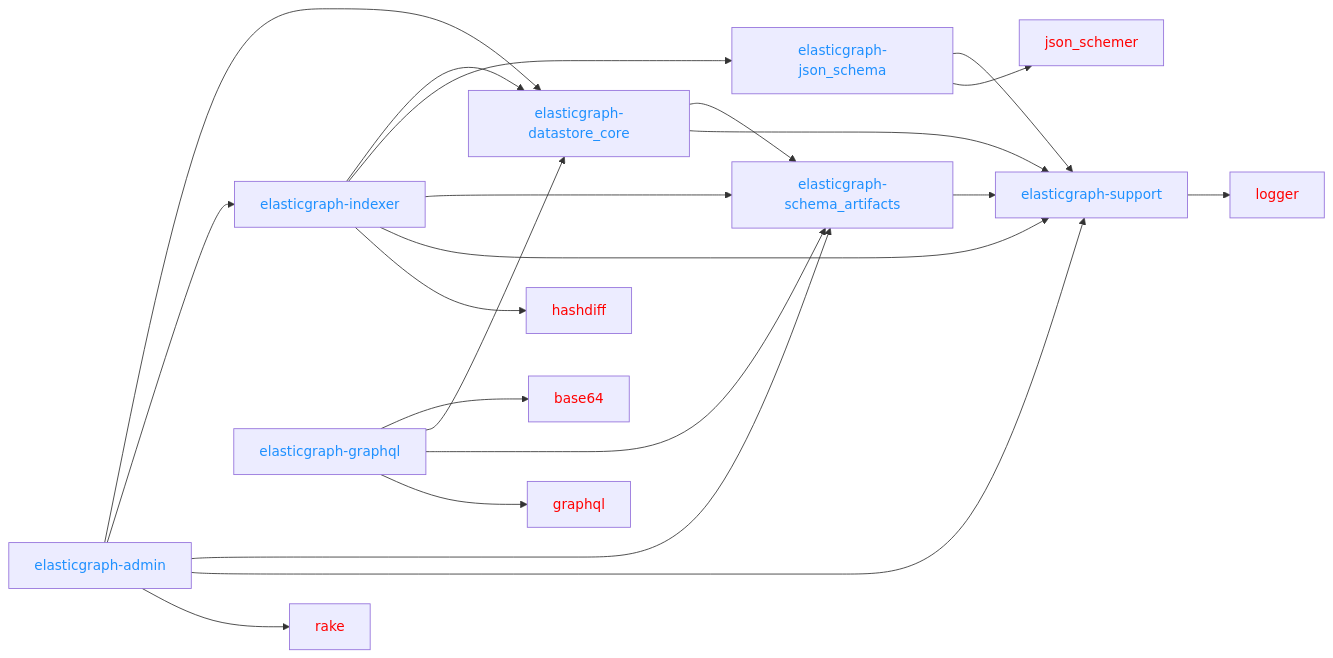
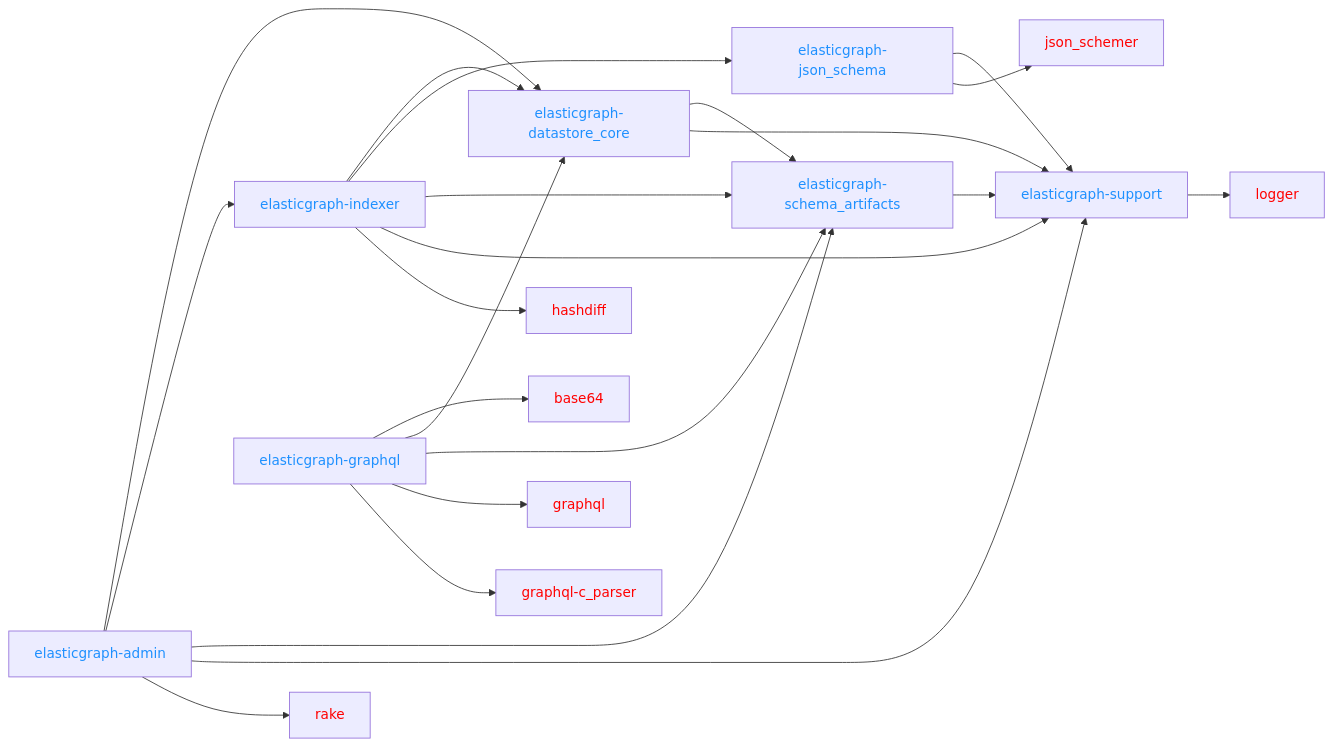
Before and after one commit to ciaran51/elasticgraph: the first of 5 diagrams in CODEBASE_OVERVIEW.md, drawn with Mermaid. The commit also changed other lines of this file and 13 other files, not shown here.

First line of the commit message:
Use `graphql-c_parser` for faster parsing. (#491)

````diff
--- a/CODEBASE_OVERVIEW.md
+++ b/CODEBASE_OVERVIEW.md
@@ -21,29 +21,31 @@
 ```mermaid
 graph LR;
     elasticgraph-admin --> elasticgraph-datastore_core & elasticgraph-indexer & elasticgraph-schema_artifacts & elasticgraph-support & rake
     elasticgraph-datastore_core --> elasticgraph-schema_artifacts & elasticgraph-support
-    elasticgraph-graphql --> base64 & elasticgraph-datastore_core & elasticgraph-schema_artifacts & graphql
+    elasticgraph-graphql --> base64 & elasticgraph-datastore_core & elasticgraph-schema_artifacts & graphql & graphql-c_parser
     elasticgraph-indexer --> elasticgraph-datastore_core & elasticgraph-json_schema & elasticgraph-schema_artifacts & elasticgraph-support & hashdiff
     elasticgraph-json_schema --> elasticgraph-support & json_schemer
     elasticgraph-schema_artifacts --> elasticgraph-support
     elasticgraph-support --> logger
     style elasticgraph-admin color: DodgerBlue;
     style elasticgraph-datastore_core color: DodgerBlue;
     style elasticgraph-graphql color: DodgerBlue;
     style elasticgraph-indexer color: DodgerBlue;
     style elasticgraph-json_schema color: DodgerBlue;
     style elasticgraph-schema_artifacts color: DodgerBlue;
     style elasticgraph-support color: DodgerBlue;
     style rake color: Red;
     style base64 color: Red;
     style graphql color: Red;
+    style graphql-c_parser color: Red;
     style hashdiff color: Red;
     style json_schemer color: Red;
     style logger color: Red;
 click base64 href "https://rubygems.org/gems/base64"
 click graphql href "https://rubygems.org/gems/graphql"
+click graphql-c_parser href "https://rubygems.org/gems/graphql-c_parser"
 click hashdiff href "https://rubygems.org/gems/hashdiff"
 click json_schemer href "https://rubygems.org/gems/json_schemer"
 click logger href "https://rubygems.org/gems/logger"
 click rake href "https://rubygems.org/gems/rake"
 ```
````
